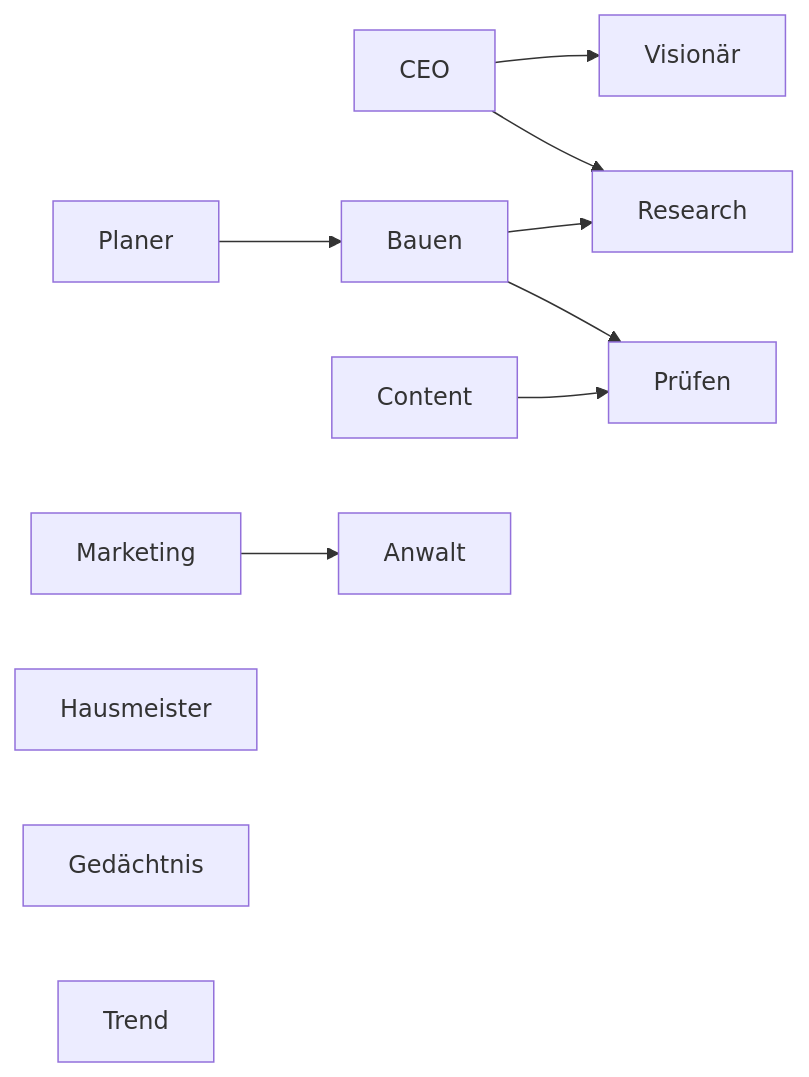
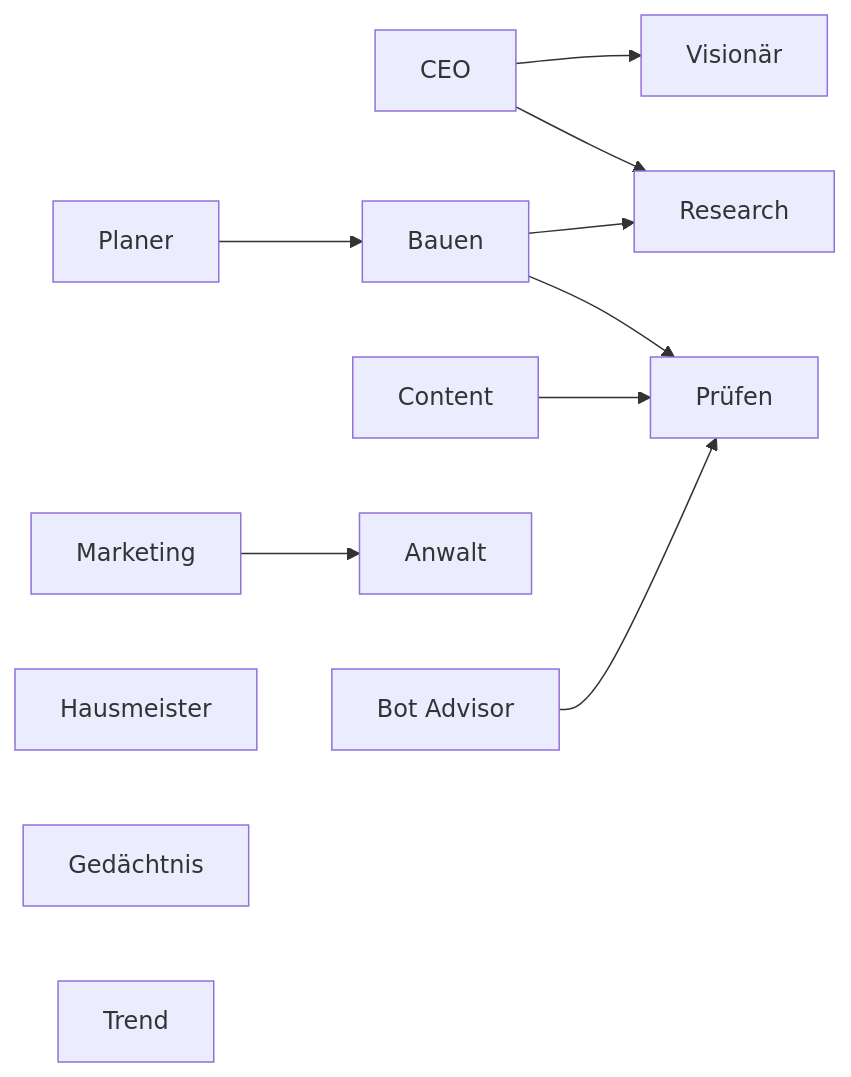
Before and after one commit to siinanXD/Leitstand: the diagram in docs/ABLAUF.md, drawn with Mermaid. The commit also changed other lines of this file and 8 other files, not shown here.

First line of the commit message:
feat(botadvisor): Rolle Bot Advisor mit Schema, Skill und Registry-Eintrag (SIN-713)

````diff
--- a/docs/ABLAUF.md
+++ b/docs/ABLAUF.md
@@ -5,22 +5,24 @@
 ```mermaid
 flowchart LR
   ceo["CEO"]
   visionaer["Visionär"]
   planer["Planer"]
   research["Research"]
   bauen["Bauen"]
   pruefen["Prüfen"]
   content["Content"]
   marketing["Marketing"]
   hausmeister["Hausmeister"]
   anwalt["Anwalt"]
   gedaechtnis["Gedächtnis"]
+  botadvisor["Bot Advisor"]
   trend["Trend"]
   ceo --> research
   ceo --> visionaer
   planer --> bauen
   bauen --> pruefen
   bauen --> research
   content --> pruefen
   marketing --> anwalt
+  botadvisor --> pruefen
 ```
````
